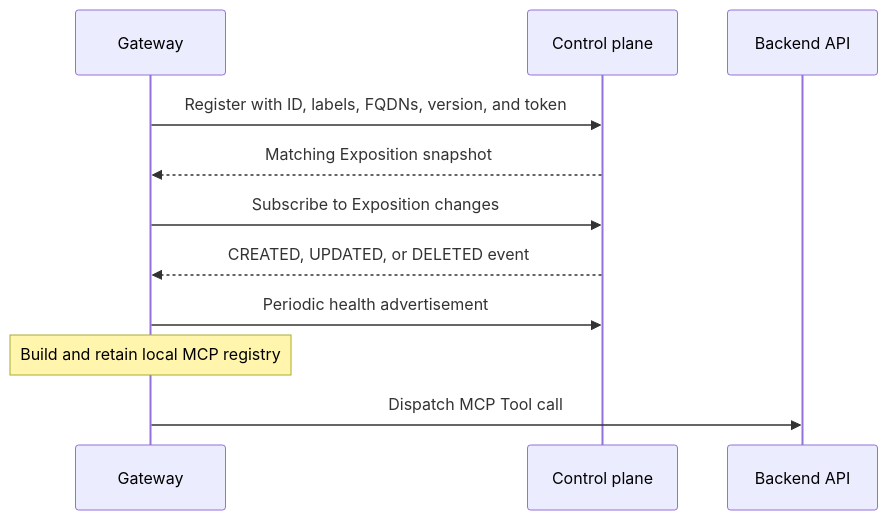
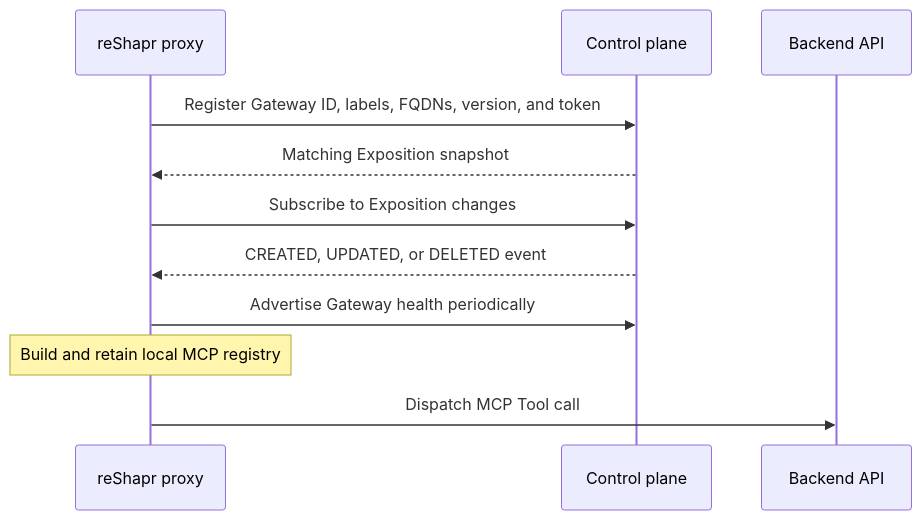
Before and after one commit to reshaprio/reshapr.io: the diagram in docs/explanations/control-plane-gateway-synchronization.md, drawn with Mermaid. The commit also changed other lines of this file and 33 other files, not shown here.

Commit message:
chore(docs): #50 Add contextual demos and polis gateway vs proxy terminology Signed-off-by: Laurent Broudoux <laurent.broudoux@gmail.com>

````diff
--- a/docs/explanations/control-plane-gateway-synchronization.md
+++ b/docs/explanations/control-plane-gateway-synchronization.md
@@ -13,14 +13,14 @@
 ```mermaid
 sequenceDiagram
-  participant Gateway
+  participant Proxy as reShapr proxy
   participant Control as Control plane
   participant Backend as Backend API
 
-  Gateway->>Control: Register with ID, labels, FQDNs, version, and token
-  Control-->>Gateway: Matching Exposition snapshot
-  Gateway->>Control: Subscribe to Exposition changes
-  Control-->>Gateway: CREATED, UPDATED, or DELETED event
-  Gateway->>Control: Periodic health advertisement
-  Note over Gateway: Build and retain local MCP registry
-  Gateway->>Backend: Dispatch MCP Tool call
+  Proxy->>Control: Register Gateway ID, labels, FQDNs, version, and token
+  Control-->>Proxy: Matching Exposition snapshot
+  Proxy->>Control: Subscribe to Exposition changes
+  Control-->>Proxy: CREATED, UPDATED, or DELETED event
+  Proxy->>Control: Advertise Gateway health periodically
+  Note over Proxy: Build and retain local MCP registry
+  Proxy->>Backend: Dispatch MCP Tool call
 ```
````
